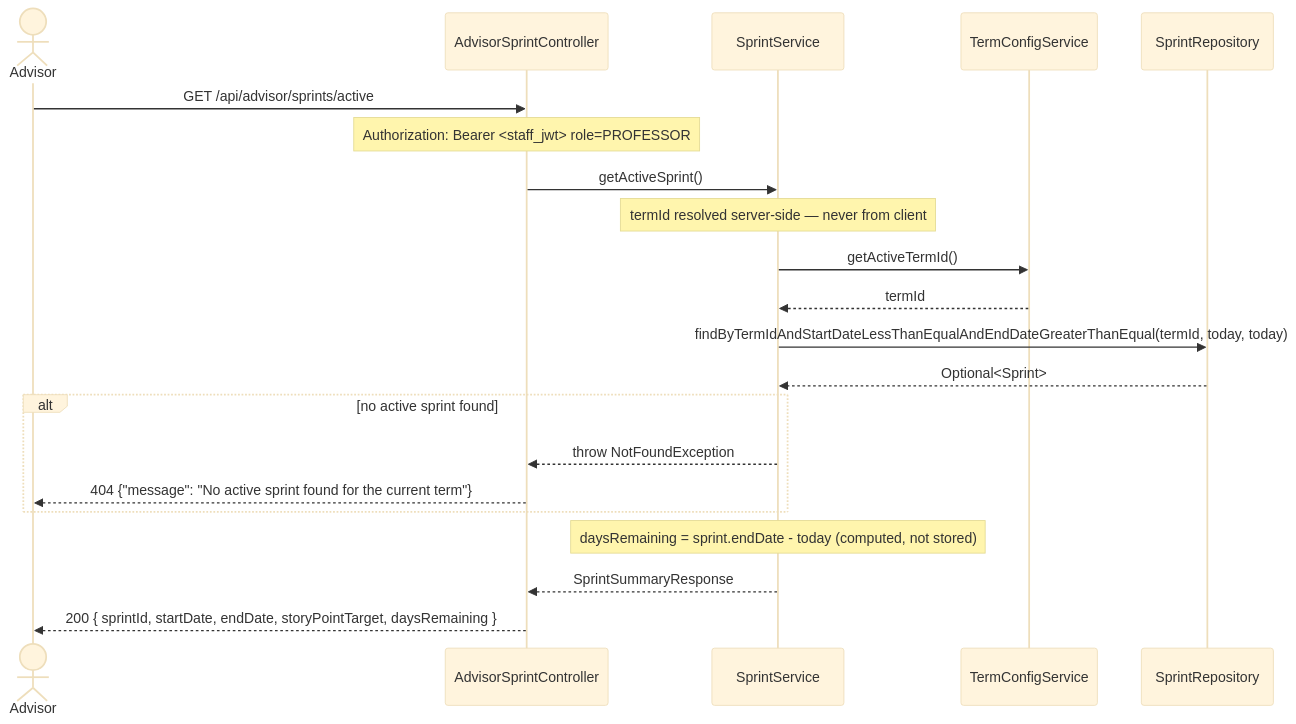
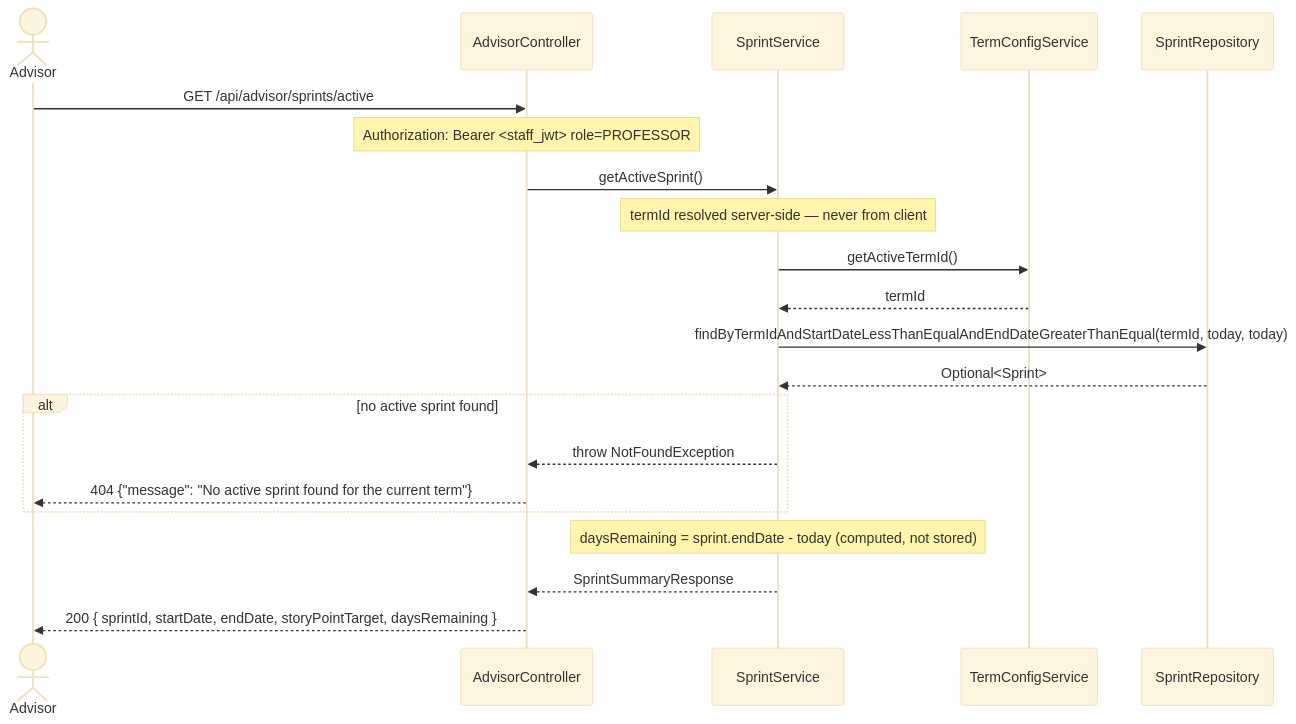
The first of 3 diagrams in docs/process5/sequences/5.5a_advisor_sprint_read.md (SE3318-Spring-2025-2026/senior-app-6), drawn with Mermaid (base theme) before and after one commit. The commit also changed other lines of this file and 4 other files, not shown here.

````diff
--- a/docs/process5/sequences/5.5a_advisor_sprint_read.md
+++ b/docs/process5/sequences/5.5a_advisor_sprint_read.md
@@ -13,29 +13,29 @@
 ```mermaid
 sequenceDiagram
     actor Advisor
-    participant AdvisorSprintController
+    participant AdvisorController
     participant SprintService
     participant TermConfigService
     participant SprintRepository
 
-    Advisor->>AdvisorSprintController: GET /api/advisor/sprints/active
-    Note over AdvisorSprintController: Authorization: Bearer <staff_jwt> role=PROFESSOR
+    Advisor->>AdvisorController: GET /api/advisor/sprints/active
+    Note over AdvisorController: Authorization: Bearer <staff_jwt> role=PROFESSOR
 
-    AdvisorSprintController->>SprintService: getActiveSprint()
+    AdvisorController->>SprintService: getActiveSprint()
 
     Note over SprintService: termId resolved server-side — never from client
     SprintService->>TermConfigService: getActiveTermId()
     TermConfigService-->>SprintService: termId
 
     SprintService->>SprintRepository: findByTermIdAndStartDateLessThanEqualAndEndDateGreaterThanEqual(termId, today, today)
     SprintRepository-->>SprintService: Optional<Sprint>
 
     alt no active sprint found
-        SprintService-->>AdvisorSprintController: throw NotFoundException
-        AdvisorSprintController-->>Advisor: 404 {"message": "No active sprint found for the current term"}
+        SprintService-->>AdvisorController: throw NotFoundException
+        AdvisorController-->>Advisor: 404 {"message": "No active sprint found for the current term"}
     end
 
     Note over SprintService: daysRemaining = sprint.endDate - today (computed, not stored)
-    SprintService-->>AdvisorSprintController: SprintSummaryResponse
-    AdvisorSprintController-->>Advisor: 200 { sprintId, startDate, endDate, storyPointTarget, daysRemaining }
+    SprintService-->>AdvisorController: SprintSummaryResponse
+    AdvisorController-->>Advisor: 200 { sprintId, startDate, endDate, storyPointTarget, daysRemaining }
 ```
````
